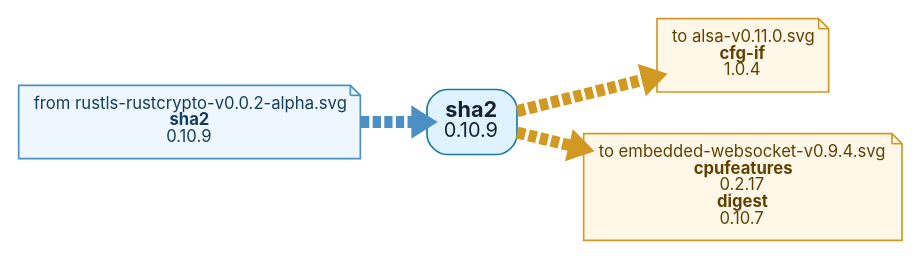
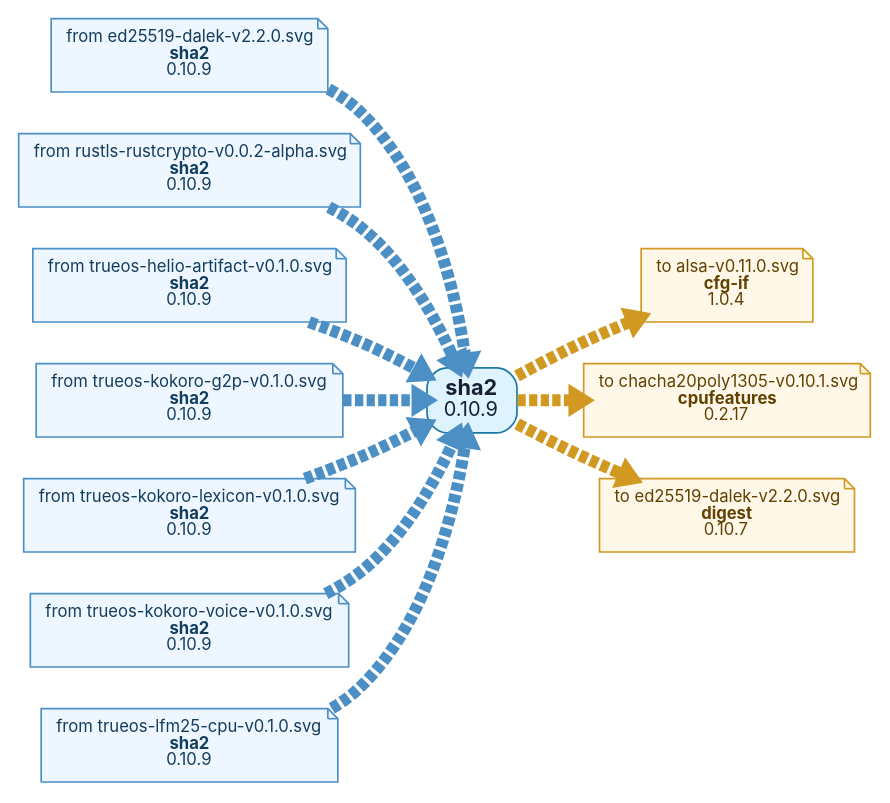
The diagram in tools/docs/depgraph/by-root/sha2-v0.10.9.dot (t4ce/TRUEOS), drawn with Graphviz before and after one commit. The commit also changed 214 other files, not shown here.

```diff
--- a/tools/docs/depgraph/by-root/sha2-v0.10.9.dot
+++ b/tools/docs/depgraph/by-root/sha2-v0.10.9.dot
@@ -1,15 +1,29 @@
 digraph "sha2-v0.10.9" {
   graph [rankdir=LR, bgcolor="white", overlap=false, splines=true, nodesep=0.35, ranksep=0.55];
   node [shape=box, style="rounded,filled", fontname="Inter,Arial", fontsize=10, margin="0.13,0.10", color="#8b9bb0", fillcolor="#f7f9fb", fontcolor="#172033"];
   edge [color="#9aa8b8", arrowsize=0.55, penwidth=7.2];
   n0 [label=<<FONT POINT-SIZE="13"><B>sha2</B></FONT><BR/><FONT POINT-SIZE="12">0.10.9</FONT>>, fillcolor="#dff3ff", color="#1b78a6"];
   out0 [label=<to alsa-v0.11.0.svg<BR/><B>cfg-if</B><BR/>1.0.4>, shape=note, style="filled", fillcolor="#fff8e8", color="#d19922", fontcolor="#614000"];
   n0 -> out0 [style=dashed, color="#d19922"];
-  out1 [label=<to embedded-websocket-v0.9.4.svg<BR/><B>cpufeatures</B><BR/>0.2.17<BR/><B>digest</B><BR/>0.10.7>, shape=note, style="filled", fillcolor="#fff8e8", color="#d19922", fontcolor="#614000"];
+  out1 [label=<to chacha20poly1305-v0.10.1.svg<BR/><B>cpufeatures</B><BR/>0.2.17>, shape=note, style="filled", fillcolor="#fff8e8", color="#d19922", fontcolor="#614000"];
   n0 -> out1 [style=dashed, color="#d19922"];
-  in2 [label=<from rustls-rustcrypto-v0.0.2-alpha.svg<BR/><B>sha2</B><BR/>0.10.9>, shape=note, style="filled", fillcolor="#eef6ff", color="#4b8fc5", fontcolor="#123d5c"];
-  in2 -> n0 [style=dashed, color="#4b8fc5"];
+  out2 [label=<to ed25519-dalek-v2.2.0.svg<BR/><B>digest</B><BR/>0.10.7>, shape=note, style="filled", fillcolor="#fff8e8", color="#d19922", fontcolor="#614000"];
+  n0 -> out2 [style=dashed, color="#d19922"];
+  in3 [label=<from ed25519-dalek-v2.2.0.svg<BR/><B>sha2</B><BR/>0.10.9>, shape=note, style="filled", fillcolor="#eef6ff", color="#4b8fc5", fontcolor="#123d5c"];
+  in3 -> n0 [style=dashed, color="#4b8fc5"];
+  in4 [label=<from rustls-rustcrypto-v0.0.2-alpha.svg<BR/><B>sha2</B><BR/>0.10.9>, shape=note, style="filled", fillcolor="#eef6ff", color="#4b8fc5", fontcolor="#123d5c"];
+  in4 -> n0 [style=dashed, color="#4b8fc5"];
+  in5 [label=<from trueos-helio-artifact-v0.1.0.svg<BR/><B>sha2</B><BR/>0.10.9>, shape=note, style="filled", fillcolor="#eef6ff", color="#4b8fc5", fontcolor="#123d5c"];
+  in5 -> n0 [style=dashed, color="#4b8fc5"];
+  in6 [label=<from trueos-kokoro-g2p-v0.1.0.svg<BR/><B>sha2</B><BR/>0.10.9>, shape=note, style="filled", fillcolor="#eef6ff", color="#4b8fc5", fontcolor="#123d5c"];
+  in6 -> n0 [style=dashed, color="#4b8fc5"];
+  in7 [label=<from trueos-kokoro-lexicon-v0.1.0.svg<BR/><B>sha2</B><BR/>0.10.9>, shape=note, style="filled", fillcolor="#eef6ff", color="#4b8fc5", fontcolor="#123d5c"];
+  in7 -> n0 [style=dashed, color="#4b8fc5"];
+  in8 [label=<from trueos-kokoro-voice-v0.1.0.svg<BR/><B>sha2</B><BR/>0.10.9>, shape=note, style="filled", fillcolor="#eef6ff", color="#4b8fc5", fontcolor="#123d5c"];
+  in8 -> n0 [style=dashed, color="#4b8fc5"];
+  in9 [label=<from trueos-lfm25-cpu-v0.1.0.svg<BR/><B>sha2</B><BR/>0.10.9>, shape=note, style="filled", fillcolor="#eef6ff", color="#4b8fc5", fontcolor="#123d5c"];
+  in9 -> n0 [style=dashed, color="#4b8fc5"];
   // collapsed leaf ends: 0
   // centered two-input leaves: 0
   // nested two-input leaves: 0
 }
```
